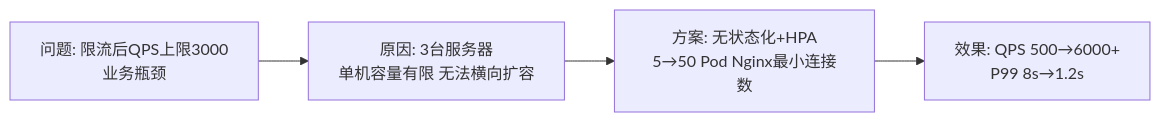
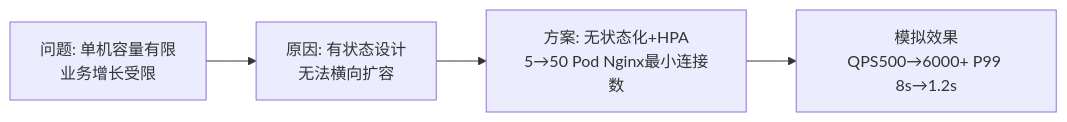
One commit to EdgarLQS/SoftwareArchitectureExamGuide changed the fourth of 6 diagrams in 02-论文专题/0011-性能优化/00-大纲记忆卡.md. Above: the diagram before and after it, drawn with Mermaid. The commit also changed other lines of this file, not shown here.

````diff
--- a/02-论文专题/0011-性能优化/00-大纲记忆卡.md
+++ b/02-论文专题/0011-性能优化/00-大纲记忆卡.md
@@ -54,6 +71,6 @@
 ```mermaid
 flowchart LR
-    A["问题: 限流后QPS上限3000<br/>业务瓶颈"] --> B["原因: 3台服务器<br/>单机容量有限 无法横向扩容"]
+    A["问题: 单机容量有限<br/>业务增长受限"] --> B["原因: 有状态设计<br/>无法横向扩容"]
     B --> C["方案: 无状态化+HPA<br/>5→50 Pod Nginx最小连接数"]
-    C --> D["效果: QPS 500→6000+<br/>P99 8s→1.2s"]
+    C --> D["模拟效果<br/>QPS500→6000+ P99 8s→1.2s"]
 ```
````
